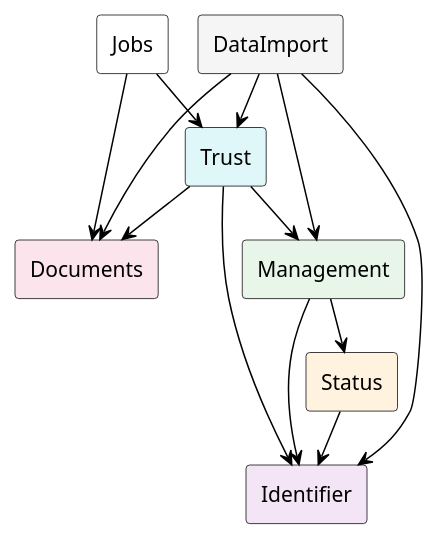
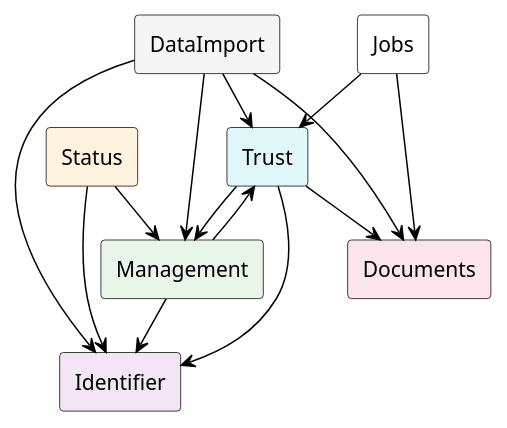
Before and after one commit to swiyu-admin-ch/swiyu-core-business-service: the diagram in docs/models/core-business-modules.puml, drawn with PlantUML. The commit also changed 15 other files, not shown here.

```diff
--- a/docs/models/core-business-modules.puml
+++ b/docs/models/core-business-modules.puml
@@ -1,44 +1,45 @@
 @startuml module-dependencies
 
 !pragma layout smetana
 
 skinparam componentStyle rectangle
 skinparam ComponentBackgroundColor White
 skinparam ComponentBorderColor Black
 skinparam ArrowColor Black
 skinparam defaultFontName Arial
 
 ' ========================
 ' MODULES
 ' ========================
 
 component "Jobs" as jobs
 component "Management" as management #E8F5E9
 component "Status" as status #FFF3E0
 component "Identifier" as identifier #F3E5F5
 component "Documents" as documents #FCE4EC
 component "Trust" as trust #E0F7FA
 component "DataImport" as dataimport #F5F5F5
 
 ' ========================
 ' DEPENDENCIES
 ' ========================
 
 management --> identifier
-management --> status
+management --> trust
 
 status --> identifier
+status --> management
 
 trust --> management
 trust --> identifier
 trust --> documents
 
 dataimport --> documents
 dataimport --> identifier
 dataimport --> management
 dataimport --> trust
 
 jobs --> documents
 jobs --> trust
 
 @enduml
```
